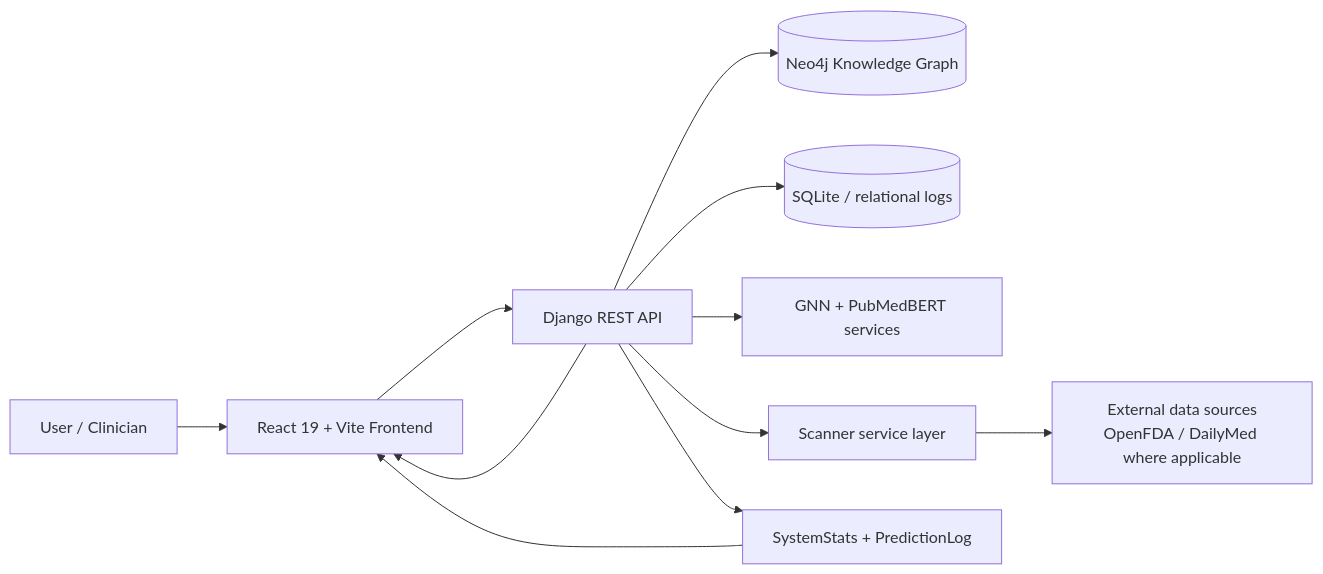
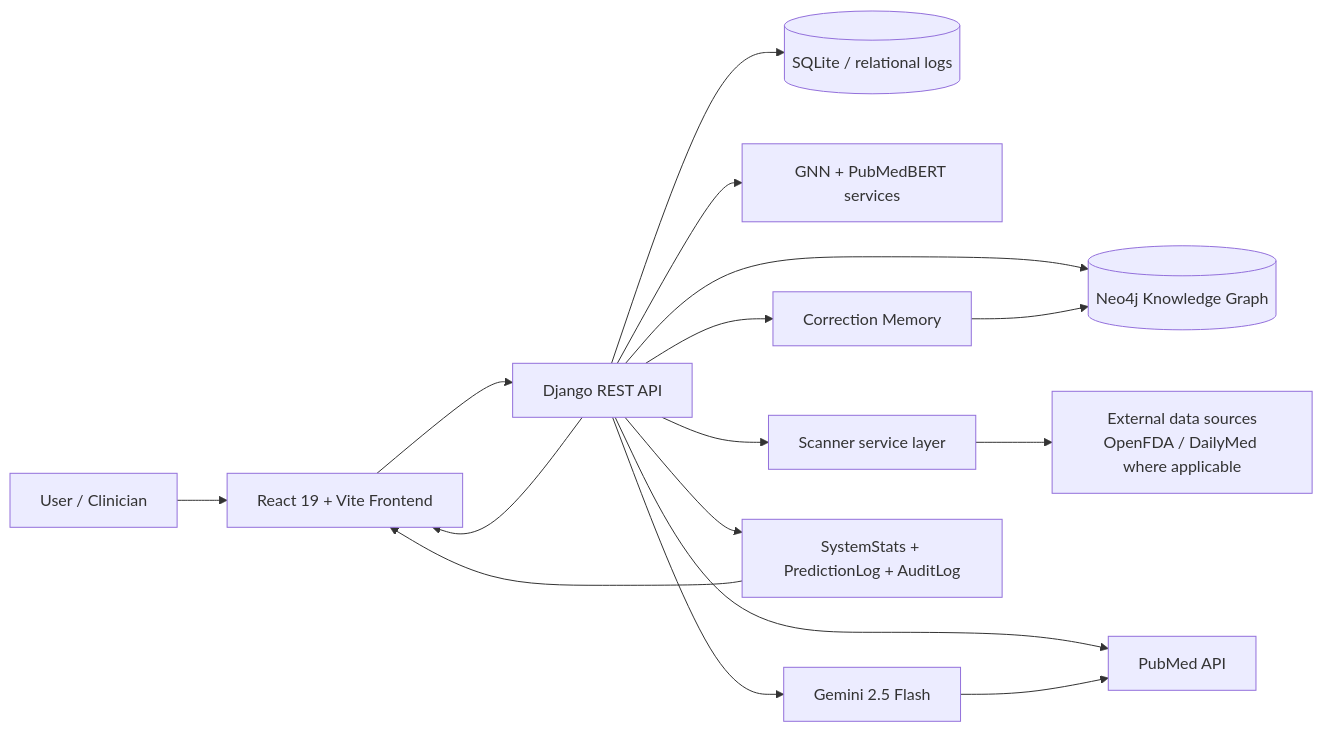
One commit to ahrazkk/ProjectAegis-Clinical-MLOps-Platform changed the first of 6 diagrams in README.md. Above: the diagram before and after it, drawn with Mermaid. The commit also changed other lines of this file and 8 other files, not shown here.

````diff
--- a/README.md
+++ b/README.md
@@ -109,16 +134,22 @@
 ```mermaid
 flowchart LR
   U[User / Clinician] --> FE[React 19 + Vite Frontend]
   FE --> API[Django REST API]
 
   API --> KG[(Neo4j Knowledge Graph)]
   API --> DB[(SQLite / relational logs)]
   API --> AI[GNN + PubMedBERT services]
   API --> SCAN[Scanner service layer]
+  API --> LLM[Gemini 2.5 Flash]
+  API --> PM[PubMed API]
+  API --> CM[Correction Memory]
+
+  LLM --> PM
+  CM --> KG
 
   SCAN --> EXT[External data sources\nOpenFDA / DailyMed where applicable]
-  API --> OBS[SystemStats + PredictionLog]
+  API --> OBS[SystemStats + PredictionLog + AuditLog]
 
   OBS --> FE
   API --> FE
 ```
````
